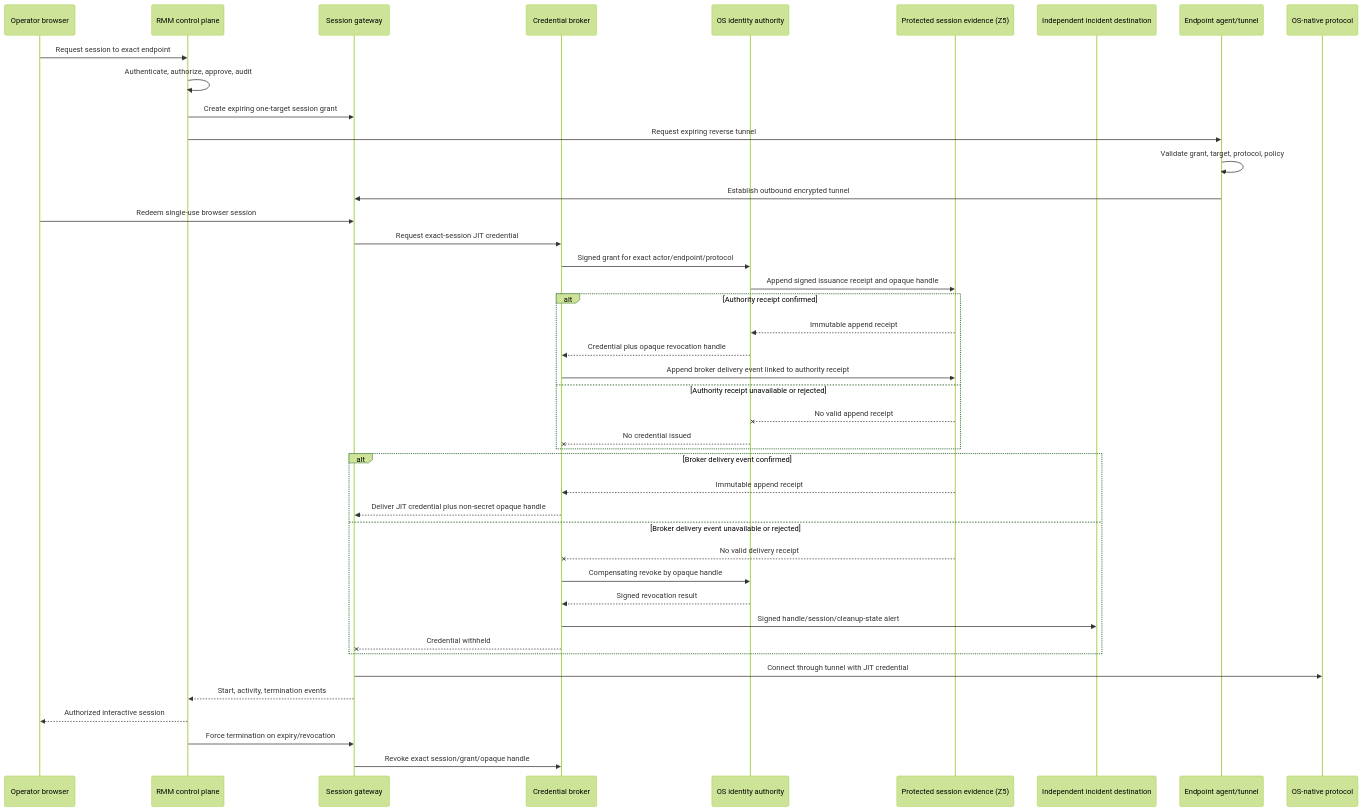
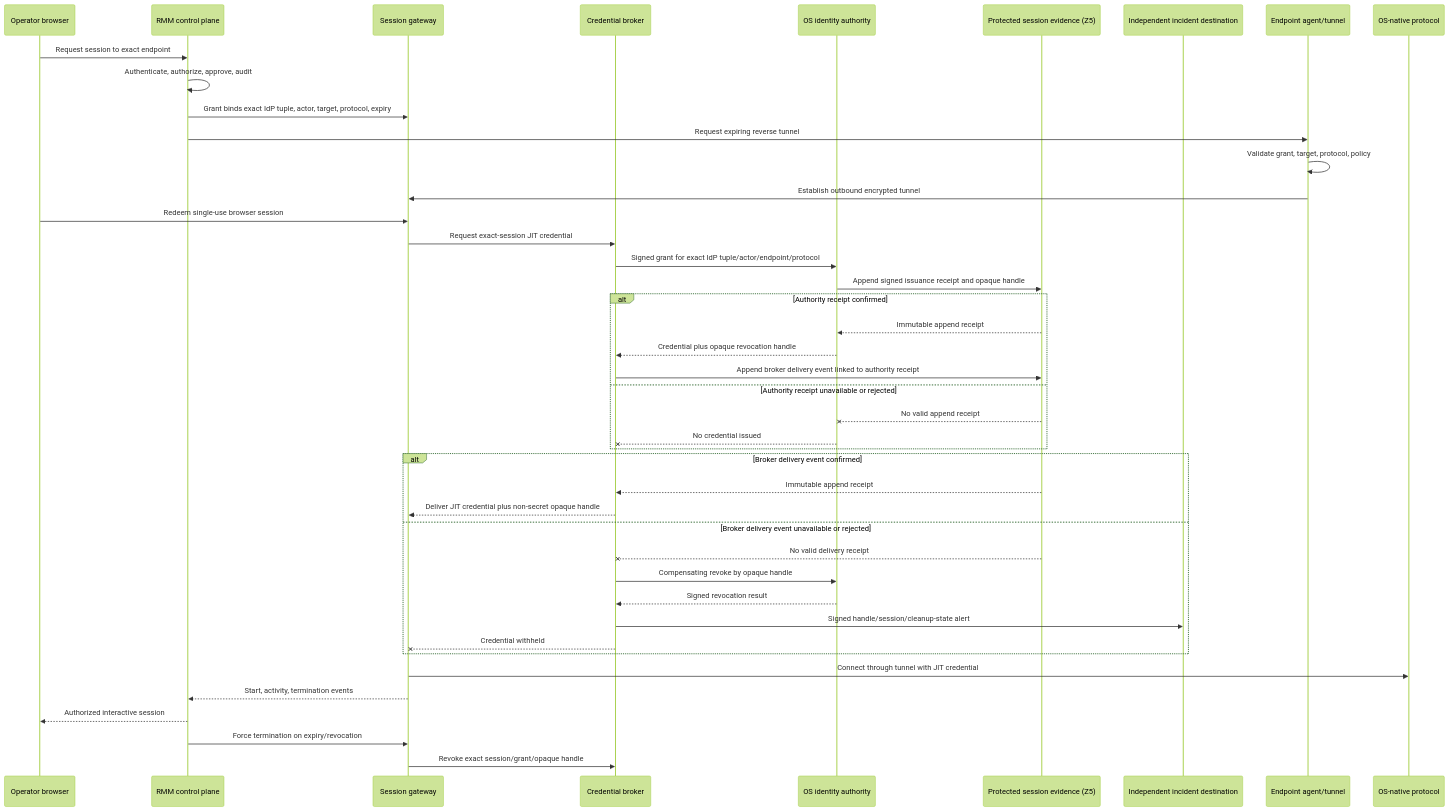
One commit to Beowxlf/northgate-rmm changed the diagram in docs/architecture/REMOTE_ACCESS.md. Above: the diagram before and after it, drawn with Mermaid (forest theme). The commit also changed other lines of this file and 7 other files, not shown here.

Commit message:
Bind and preserve exact IdP session identity

````diff
--- a/docs/architecture/REMOTE_ACCESS.md
+++ b/docs/architecture/REMOTE_ACCESS.md
@@ -24,45 +24,45 @@
 ```mermaid
 sequenceDiagram
   participant O as Operator browser
   participant C as RMM control plane
   participant G as Session gateway
   participant B as Credential broker
   participant I as OS identity authority
   participant E as Protected session evidence (Z5)
   participant X as Independent incident destination
   participant A as Endpoint agent/tunnel
   participant P as OS-native protocol
   O->>C: Request session to exact endpoint
   C->>C: Authenticate, authorize, approve, audit
-  C->>G: Create expiring one-target session grant
+  C->>G: Grant binds exact IdP tuple, actor, target, protocol, expiry
   C->>A: Request expiring reverse tunnel
   A->>A: Validate grant, target, protocol, policy
   A->>G: Establish outbound encrypted tunnel
   O->>G: Redeem single-use browser session
   G->>B: Request exact-session JIT credential
-  B->>I: Signed grant for exact actor/endpoint/protocol
+  B->>I: Signed grant for exact IdP tuple/actor/endpoint/protocol
   I->>E: Append signed issuance receipt and opaque handle
   alt Authority receipt confirmed
     E-->>I: Immutable append receipt
     I-->>B: Credential plus opaque revocation handle
     B->>E: Append broker delivery event linked to authority receipt
   else Authority receipt unavailable or rejected
     E--xI: No valid append receipt
     I--xB: No credential issued
   end
   alt Broker delivery event confirmed
     E-->>B: Immutable append receipt
     B-->>G: Deliver JIT credential plus non-secret opaque handle
   else Broker delivery event unavailable or rejected
     E--xB: No valid delivery receipt
     B->>I: Compensating revoke by opaque handle
     I-->>B: Signed revocation result
     B->>X: Signed handle/session/cleanup-state alert
     B--xG: Credential withheld
   end
   G->>P: Connect through tunnel with JIT credential
   G-->>C: Start, activity, termination events
   C-->>O: Authorized interactive session
   C->>G: Force termination on expiry/revocation
   G->>B: Revoke exact session/grant/opaque handle
 ```
````
